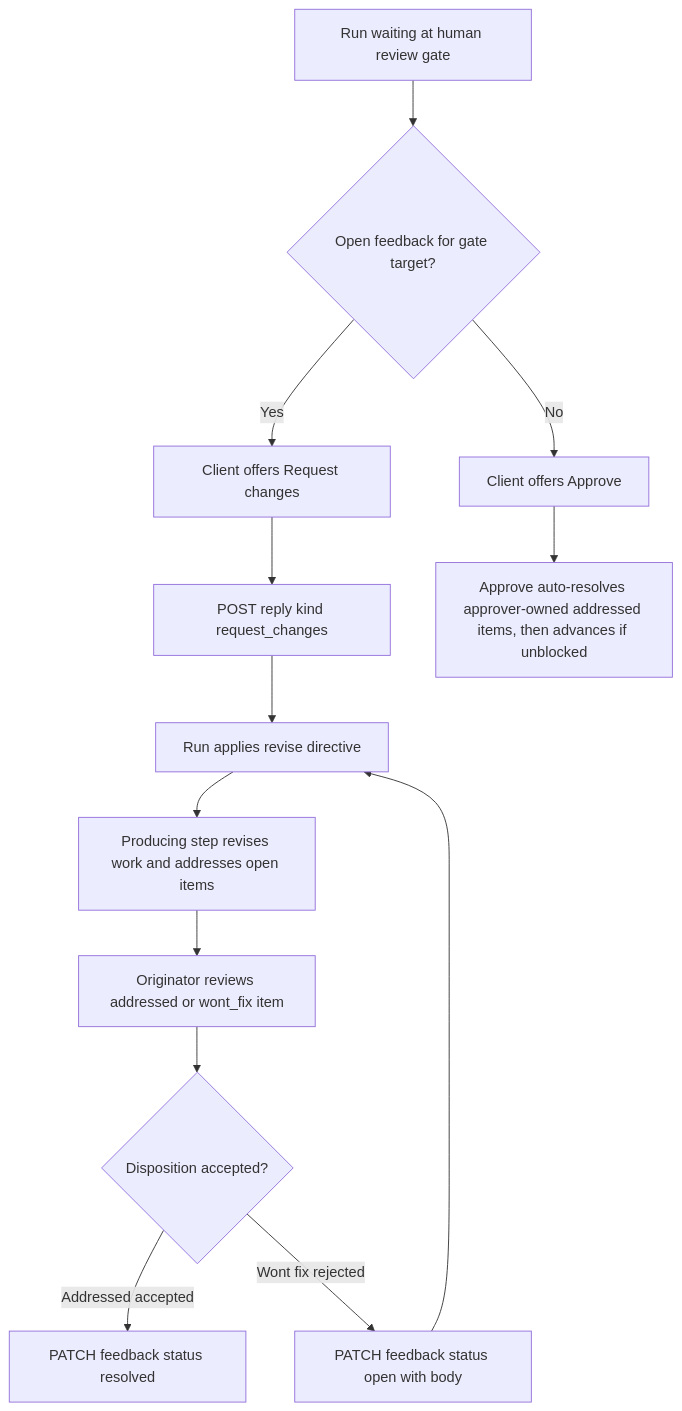
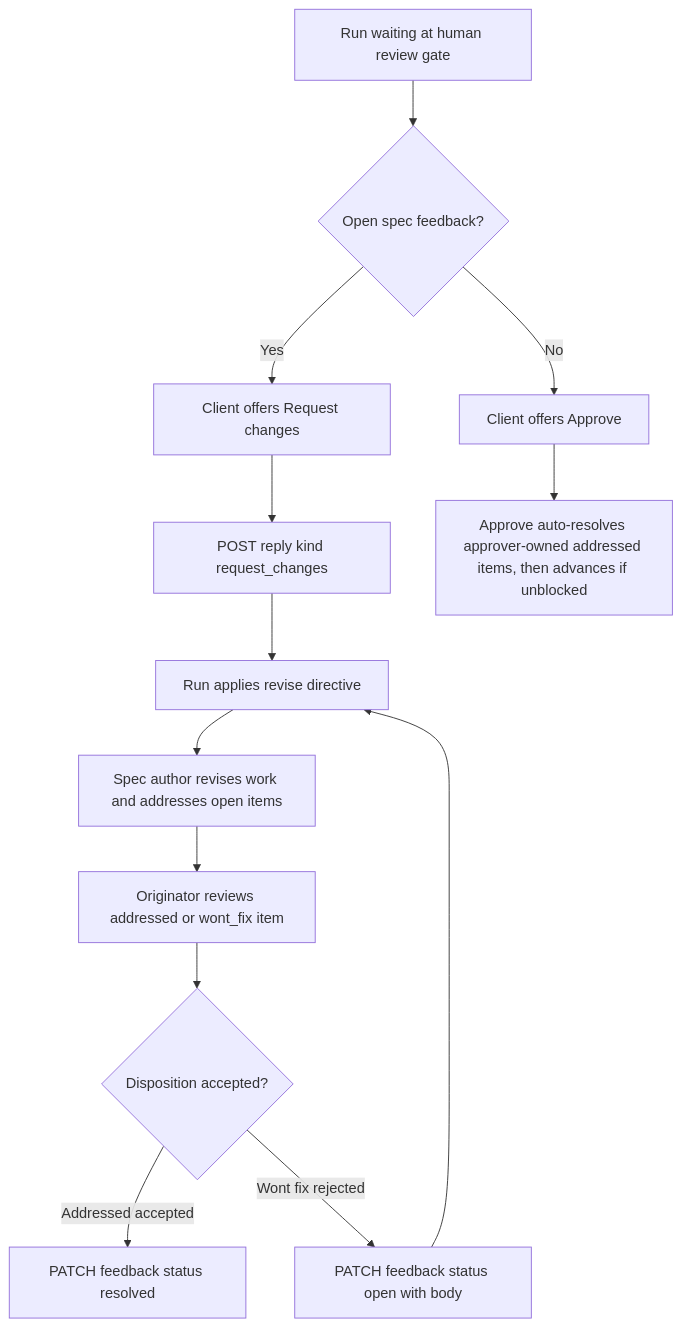
Before and after one commit to markdstafford/autocatalyst: the second of 5 diagrams in context-human/specs/enhancement-spec-feedback-anchors-request-changes-resolve-reopen.md, drawn with Mermaid. The commit also changed other lines of this file, not shown here.

Commit message:
docs: revise enhancement spec spec-feedback-anchors-request-changes-resolve-reopen

````diff
--- a/context-human/specs/enhancement-spec-feedback-anchors-request-changes-resolve-reopen.md
+++ b/context-human/specs/enhancement-spec-feedback-anchors-request-changes-resolve-reopen.md
@@ -57,15 +57,15 @@
 ```mermaid
 flowchart TD
-    A[Run waiting at human review gate] --> B{Open feedback for gate target?}
+    A[Run waiting at human review gate] --> B{Open spec feedback?}
     B -- Yes --> C[Client offers Request changes]
     C --> D[POST reply kind request_changes]
     D --> E[Run applies revise directive]
-    E --> F[Producing step revises work and addresses open items]
+    E --> F[Spec author revises work and addresses open items]
     B -- No --> G[Client offers Approve]
     G --> H[Approve auto-resolves approver-owned addressed items, then advances if unblocked]
     F --> I[Originator reviews addressed or wont_fix item]
     I --> J{Disposition accepted?}
     J -- Addressed accepted --> K[PATCH feedback status resolved]
     J -- Wont fix rejected --> L[PATCH feedback status open with body]
     L --> E
 ```
````
